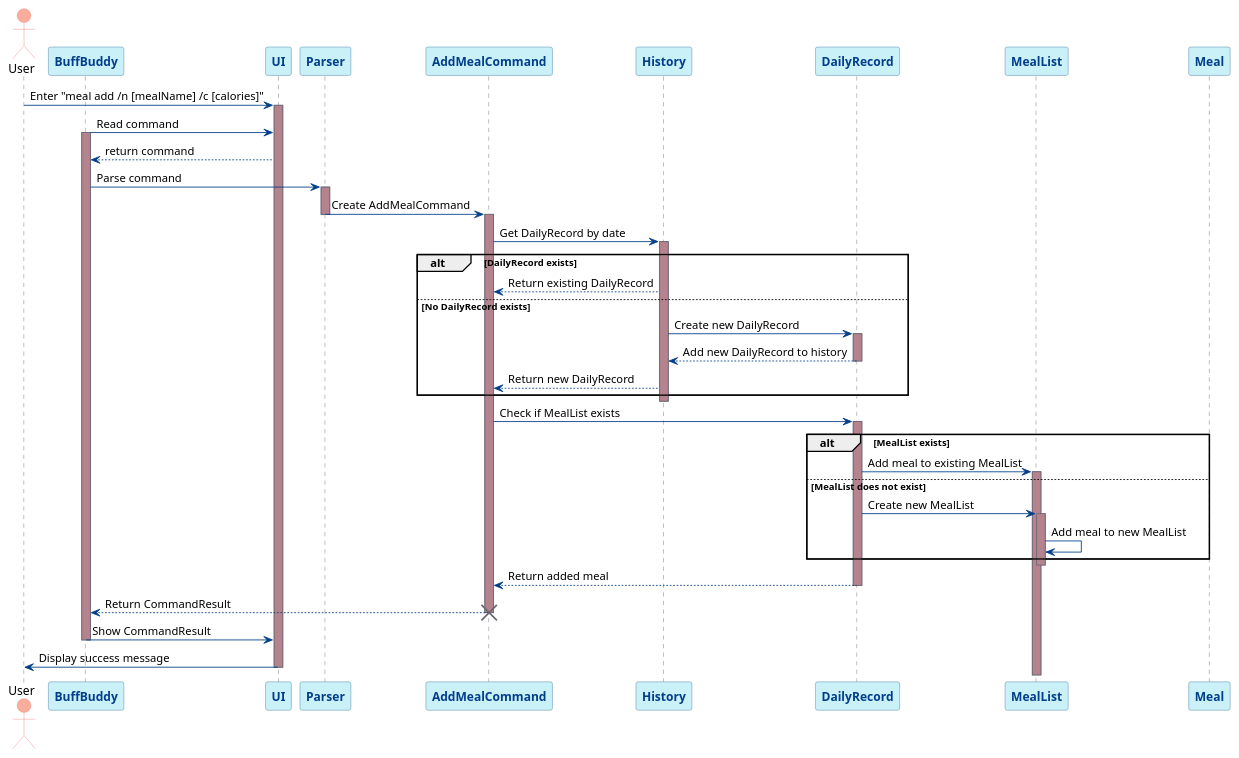
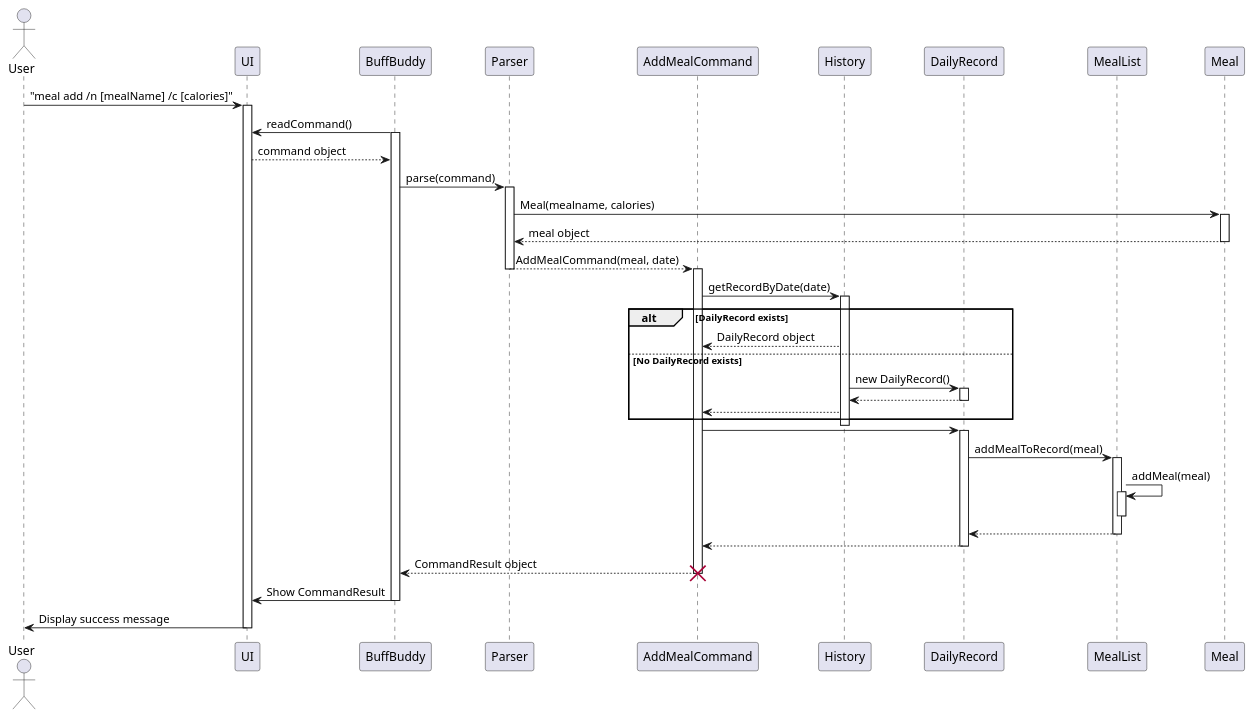
One commit to nus-cs2113-AY2425S1/tp changed the diagram in docs/diagrams/addMealSequenceDiagram.puml. Above: the diagram before and after it, drawn with PlantUML. The commit also changed 10 other files, not shown here.

```diff
--- a/docs/diagrams/addMealSequenceDiagram.puml
+++ b/docs/diagrams/addMealSequenceDiagram.puml
@@ -1,80 +1,68 @@
 @startuml
-skinparam participant {
-    BackgroundColor #DFF6FF
-    BorderColor #0096C7
-    FontColor #023E8A
-    FontStyle bold
-}
-skinparam sequence {
-    ActorBorderColor #F28482
-    ActorBackgroundColor #F8AD9D
-    LifeLineBorderColor #6D6875
-    LifeLineBackgroundColor #B5838D
-    ParticipantBorderColor #457B9D
-    ParticipantBackgroundColor #CAF0F8
-    ArrowColor #023E8A
-    BoxBorderColor #495867
-    BoxBackgroundColor #B0C4DE
-}
-
 actor User
+participant "UI" as UI
 participant "BuffBuddy" as BB
-participant "UI" as UI
 participant "Parser" as Parser
 participant "AddMealCommand" as AddCmd
 participant "History" as History
 participant "DailyRecord" as DailyRec
 participant "MealList" as MealList
 participant "Meal" as Meal
 
-User -> UI: Enter "meal add /n [mealName] /c [calories]"
+User -> UI: "meal add /n [mealName] /c [calories]"
 activate UI
-BB -> UI: Read command
+BB -> UI: readCommand()
 activate BB
-UI --> BB: return command
-BB -> Parser: Parse command
+UI --> BB: command object
+BB -> Parser: parse(command)
 activate Parser
 
-Parser -> AddCmd: Create AddMealCommand
+Parser -> Meal: Meal(mealname, calories)
+activate Meal
+Meal --> Parser: meal object
+deactivate Meal
+
+Parser --> AddCmd: AddMealCommand(meal, date)
 deactivate Parser
 activate AddCmd
 
-AddCmd -> History: Get DailyRecord by date
+AddCmd -> History: getRecordByDate(date)
 activate History
 
 alt DailyRecord exists
-  History --> AddCmd: Return existing DailyRecord
+  History --> AddCmd: DailyRecord object
 else No DailyRecord exists
-  History -> DailyRec: Create new DailyRecord
+  History -> DailyRec: new DailyRecord()
   activate DailyRec
-  DailyRec --> History: Add new DailyRecord to history
+  DailyRec --> History
   deactivate DailyRec
-  History --> AddCmd: Return new DailyRecord
+  History --> AddCmd
 end
 deactivate History
 
-AddCmd -> DailyRec: Check if MealList exists
+AddCmd -> DailyRec:
 activate DailyRec
 
-alt MealList exists
-  DailyRec -> MealList: Add meal to existing MealList
-  activate MealList
-else MealList does not exist
-  DailyRec -> MealList: Create new MealList
-  activate MealList
-  MealList -> MealList: Add meal to new MealList
-end
+DailyRec -> MealList: addMealToRecord(meal)
+activate MealList
+MealList -> MealList: addMeal(meal)
+activate MealList
+
 deactivate MealList
-DailyRec --> AddCmd: Return added meal
+MealList --> DailyRec
+deactivate MealList
+
+
+DailyRec --> AddCmd
 deactivate DailyRec
 
-AddCmd --> BB: Return CommandResult
+AddCmd --> BB: CommandResult object
 deactivate AddCmd
 destroy AddCmd
 
 BB -> UI: Show CommandResult
 deactivate BB
 
 UI -> User: Display success message
 deactivate UI
 @enduml
```
